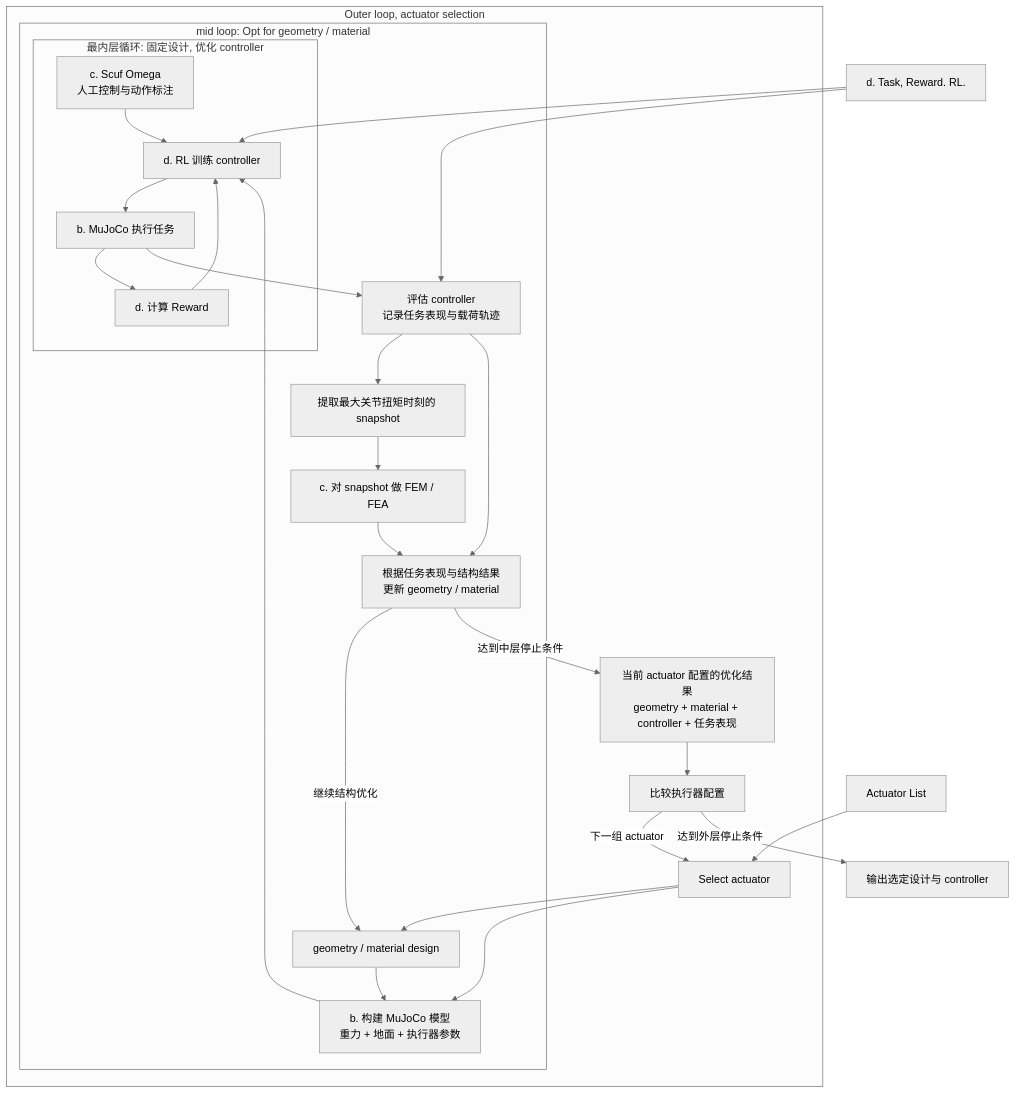
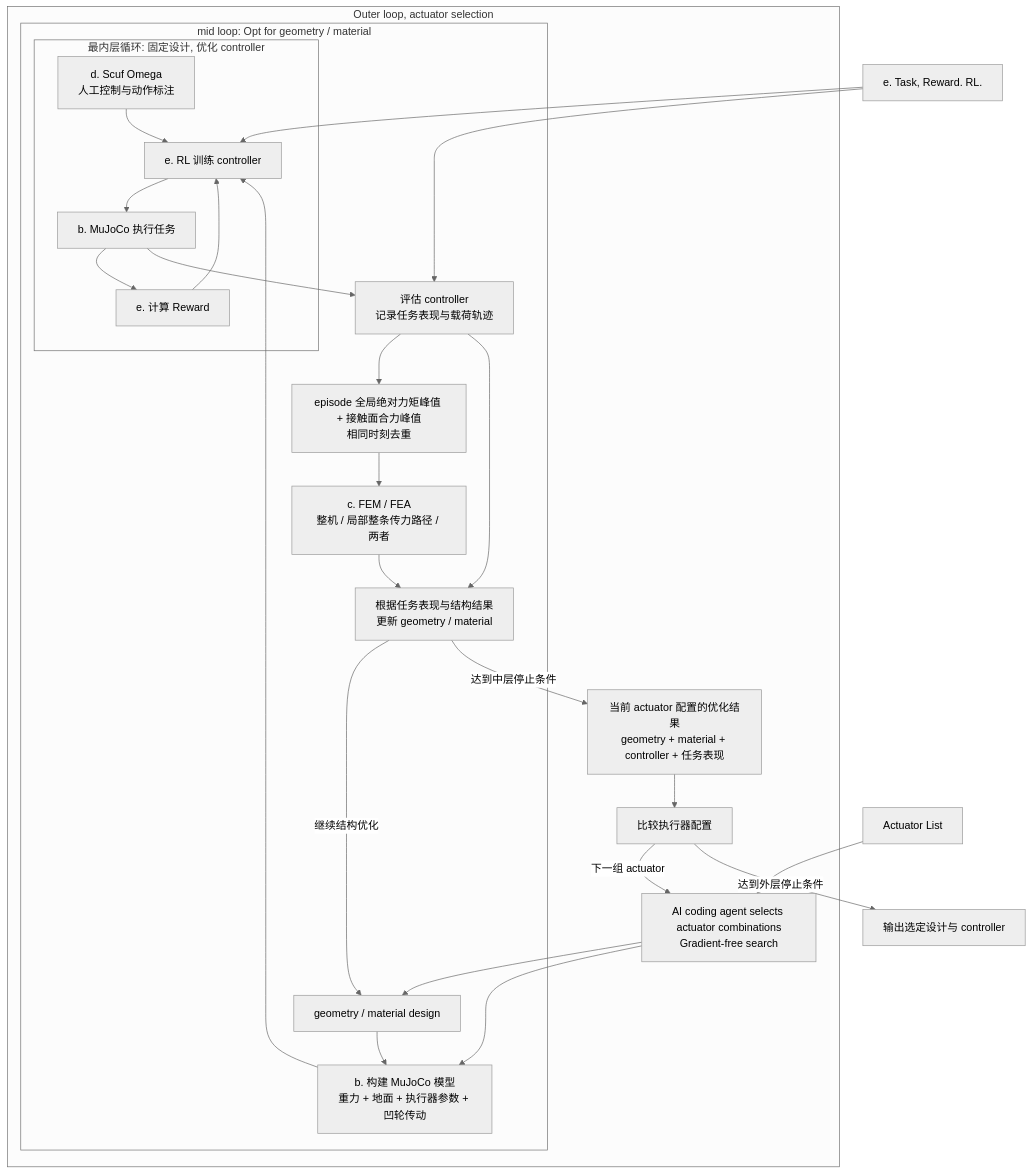
Before and after one commit to EthanAha-ctrl/chihuahua: the diagram in README.md, drawn with Mermaid (neutral theme). The commit also changed other lines of this file and 2 other files, not shown here.

````diff
--- a/README.md
+++ b/README.md
@@ -31,47 +31,47 @@
 ```mermaid
 flowchart TD
-    TASK["d. Task, Reward. RL."]
+    TASK["e. Task, Reward. RL."]
     LIST["Actuator List"]
 
     subgraph OUTER["Outer loop, actuator selection"]
-        A["Select actuator"]
+        A["AI coding agent selects actuator combinations<br/>Gradient-free search"]
 
         subgraph INNER["mid loop: Opt for geometry / material"]
             G["geometry / material design"]
-            SIM["b. 构建 MuJoCo 模型<br/>重力 + 地面 + 执行器参数"]
+            SIM["b. 构建 MuJoCo 模型<br/>重力 + 地面 + 执行器参数 + 凹轮传动"]
 
             subgraph RL["最内层循环: 固定设计, 优化 controller"]
-                HUMAN["c. Scuf Omega<br/>人工控制与动作标注"]
-                TRAIN["d. RL 训练 controller"]
+                HUMAN["d. Scuf Omega<br/>人工控制与动作标注"]
+                TRAIN["e. RL 训练 controller"]
                 RUN["b. MuJoCo 执行任务"]
-                REWARD["d. 计算 Reward"]
+                REWARD["e. 计算 Reward"]
                 TRAIN --> RUN --> REWARD --> TRAIN
                 HUMAN --> TRAIN
             end
 
             EVAL["评估 controller<br/>记录任务表现与载荷轨迹"]
-            SNAP["提取最大关节扭矩时刻的 snapshot"]
-            FEM["c. 对 snapshot 做 FEM / FEA"]
+            SNAP["episode 全局绝对力矩峰值 + 接触面合力峰值<br/>相同时刻去重"]
+            FEM["c. FEM / FEA<br/>整机 / 局部整条传力路径 / 两者"]
             UPDATE["根据任务表现与结构结果<br/>更新 geometry / material"]
 
             G --> SIM --> TRAIN
             RUN --> EVAL
             EVAL --> SNAP --> FEM --> UPDATE
             EVAL --> UPDATE
             UPDATE -->|"继续结构优化"| G
         end
 
         RESULT["当前 actuator 配置的优化结果<br/>geometry + material + controller + 任务表现"]
         COMPARE["比较执行器配置"]
         A --> G
         A --> SIM
         UPDATE -->|"达到中层停止条件"| RESULT
         RESULT --> COMPARE
         COMPARE -->|"下一组 actuator"| A
     end
 
     LIST --> A
     TASK --> TRAIN
     TASK --> EVAL
     COMPARE -->|"达到外层停止条件"| FINAL["输出选定设计与 controller"]
 ```
````
